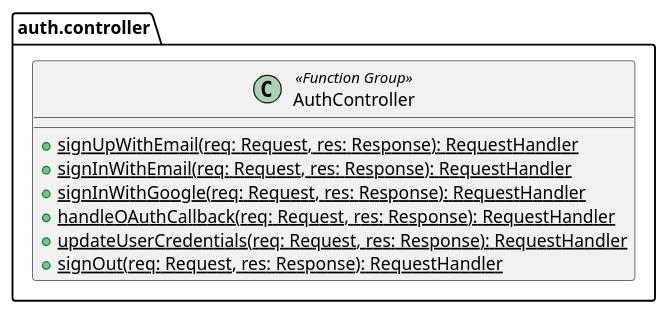
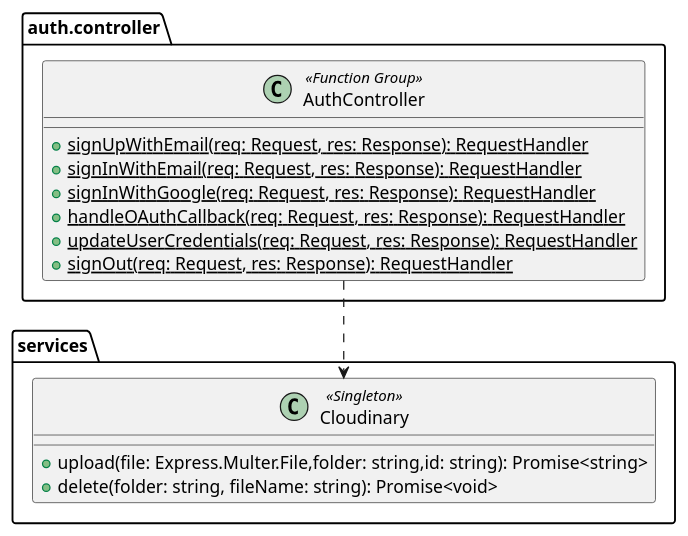
Before and after one commit to MusikStreaming/MusikStreamingBE: the diagram in diagrams/packages/controllers/auth.puml, drawn with PlantUML. The commit also changed 19 other files, not shown here.

Commit message:
[UPDATE]: fixing class diagrams

```diff
--- a/diagrams/packages/controllers/auth.puml
+++ b/diagrams/packages/controllers/auth.puml
@@ -1,15 +1,24 @@
 @startuml
 
 set separator none
 package auth.controller {
     class AuthController <<Function Group>> {
         + {static} signUpWithEmail(req: Request, res: Response): RequestHandler
         + {static} signInWithEmail(req: Request, res: Response): RequestHandler
         + {static} signInWithGoogle(req: Request, res: Response): RequestHandler
         + {static} handleOAuthCallback(req: Request, res: Response): RequestHandler
         + {static} updateUserCredentials(req: Request, res: Response): RequestHandler
         + {static} signOut(req: Request, res: Response): RequestHandler
     }
 }
 
+package services {
+    class Cloudinary <<Singleton>> {
+        + upload(file: Express.Multer.File,folder: string,id: string): Promise<string>
+        + delete(folder: string, fileName: string): Promise<void>
+    }
+}
+
+AuthController ..> Cloudinary
+
 @enduml
```
